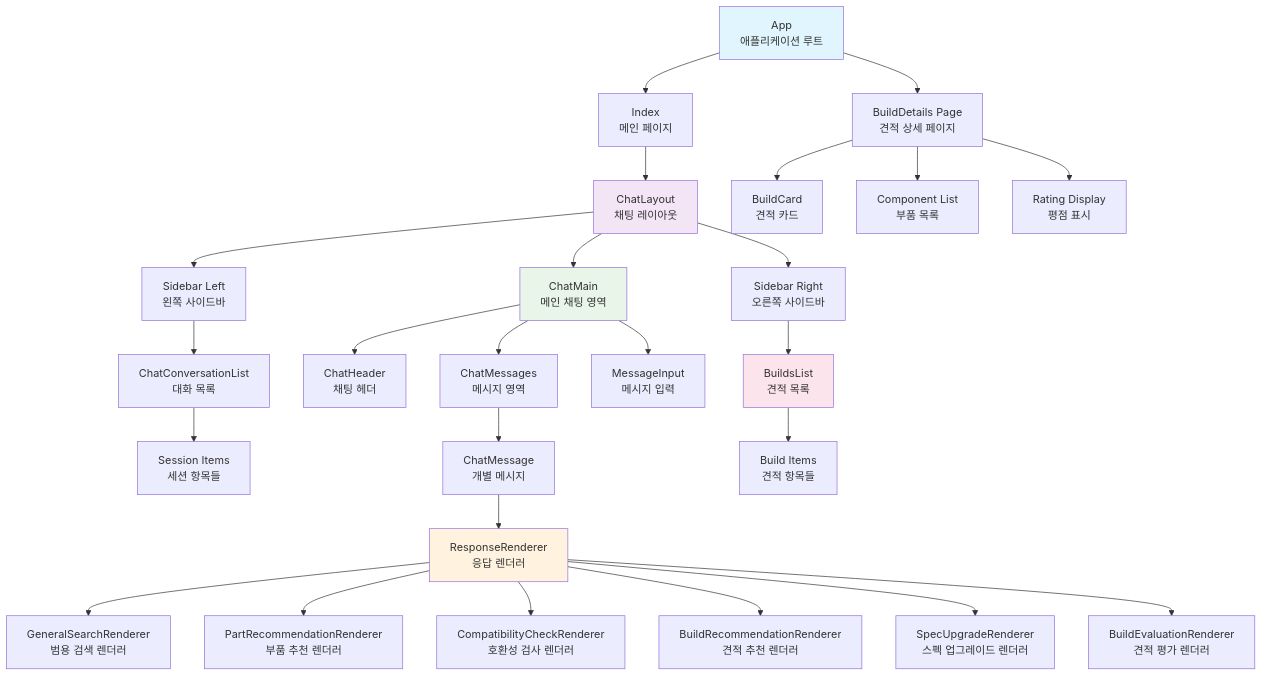
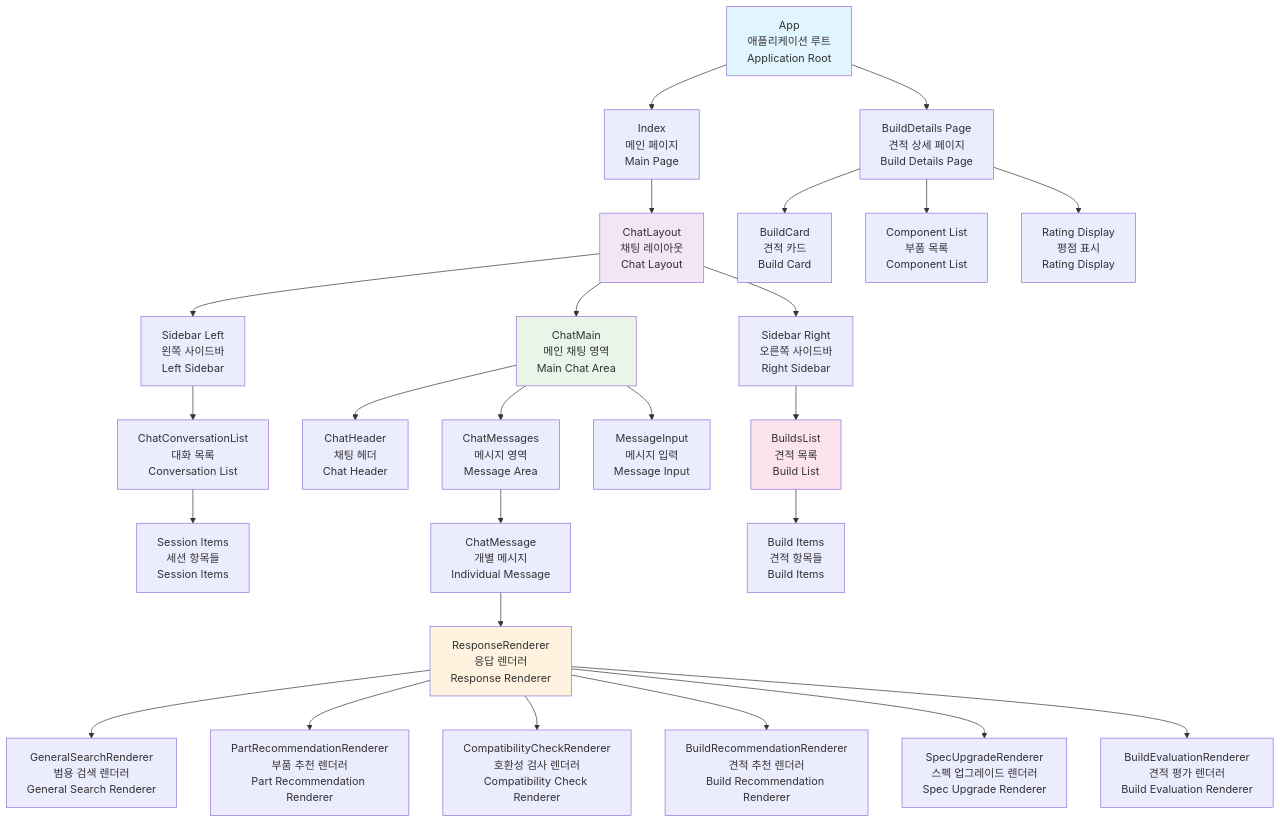
One commit to p0pular131/askspec-chat-assistant changed the second of 19 diagrams in docs/design-specification.md. Above: the diagram before and after it, drawn with Mermaid. The commit also changed other lines of this file and 1 other file, not shown here.

First line of the commit message:
Refactor: Adjust diagram layout for readability

````diff
--- a/docs/design-specification.md
+++ b/docs/design-specification.md
@@ -111,41 +111,41 @@
 ```mermaid
 graph TD
-    App[App<br/>애플리케이션 루트] --> Index[Index<br/>메인 페이지]
-    App --> BuildDetailsPage[BuildDetails Page<br/>견적 상세 페이지]
+    App["App<br/>애플리케이션 루트<br/>Application Root"] --> Index["Index<br/>메인 페이지<br/>Main Page"]
+    App --> BuildDetailsPage["BuildDetails Page<br/>견적 상세 페이지<br/>Build Details Page"]
     
-    Index --> ChatLayout[ChatLayout<br/>채팅 레이아웃]
+    Index --> ChatLayout["ChatLayout<br/>채팅 레이아웃<br/>Chat Layout"]
     
-    ChatLayout --> SidebarLeft[Sidebar Left<br/>왼쪽 사이드바]
-    ChatLayout --> ChatMainArea[ChatMain<br/>메인 채팅 영역]
-    ChatLayout --> SidebarRight[Sidebar Right<br/>오른쪽 사이드바]
+    ChatLayout --> SidebarLeft["Sidebar Left<br/>왼쪽 사이드바<br/>Left Sidebar"]
+    ChatLayout --> ChatMainArea["ChatMain<br/>메인 채팅 영역<br/>Main Chat Area"]
+    ChatLayout --> SidebarRight["Sidebar Right<br/>오른쪽 사이드바<br/>Right Sidebar"]
     
-    SidebarLeft --> ConversationList[ChatConversationList<br/>대화 목록]
-    ConversationList --> SessionItem[Session Items<br/>세션 항목들]
+    SidebarLeft --> ConversationList["ChatConversationList<br/>대화 목록<br/>Conversation List"]
+    ConversationList --> SessionItem["Session Items<br/>세션 항목들<br/>Session Items"]
     
-    ChatMainArea --> ChatHeader[ChatHeader<br/>채팅 헤더]
-    ChatMainArea --> ChatMessages[ChatMessages<br/>메시지 영역]
-    ChatMainArea --> MessageInput[MessageInput<br/>메시지 입력]
+    ChatMainArea --> ChatHeader["ChatHeader<br/>채팅 헤더<br/>Chat Header"]
+    ChatMainArea --> ChatMessages["ChatMessages<br/>메시지 영역<br/>Message Area"]
+    ChatMainArea --> MessageInput["MessageInput<br/>메시지 입력<br/>Message Input"]
     
-    ChatMessages --> ChatMessage[ChatMessage<br/>개별 메시지]
-    ChatMessage --> ResponseRenderer[ResponseRenderer<br/>응답 렌더러]
+    ChatMessages --> ChatMessage["ChatMessage<br/>개별 메시지<br/>Individual Message"]
+    ChatMessage --> ResponseRenderer["ResponseRenderer<br/>응답 렌더러<br/>Response Renderer"]
     
-    ResponseRenderer --> GeneralSearch[GeneralSearchRenderer<br/>범용 검색 렌더러]
-    ResponseRenderer --> PartRecommendation[PartRecommendationRenderer<br/>부품 추천 렌더러]
-    ResponseRenderer --> CompatibilityCheck[CompatibilityCheckRenderer<br/>호환성 검사 렌더러]
-    ResponseRenderer --> BuildRecommendation[BuildRecommendationRenderer<br/>견적 추천 렌더러]
-    ResponseRenderer --> SpecUpgrade[SpecUpgradeRenderer<br/>스펙 업그레이드 렌더러]
-    ResponseRenderer --> BuildEvaluation[BuildEvaluationRenderer<br/>견적 평가 렌더러]
+    ResponseRenderer --> GeneralSearch["GeneralSearchRenderer<br/>범용 검색 렌더러<br/>General Search Renderer"]
+    ResponseRenderer --> PartRecommendation["PartRecommendationRenderer<br/>부품 추천 렌더러<br/>Part Recommendation Renderer"]
+    ResponseRenderer --> CompatibilityCheck["CompatibilityCheckRenderer<br/>호환성 검사 렌더러<br/>Compatibility Check Renderer"]
+    ResponseRenderer --> BuildRecommendation["BuildRecommendationRenderer<br/>견적 추천 렌더러<br/>Build Recommendation Renderer"]
+    ResponseRenderer --> SpecUpgrade["SpecUpgradeRenderer<br/>스펙 업그레이드 렌더러<br/>Spec Upgrade Renderer"]
+    ResponseRenderer --> BuildEvaluation["BuildEvaluationRenderer<br/>견적 평가 렌더러<br/>Build Evaluation Renderer"]
     
-    SidebarRight --> BuildsList[BuildsList<br/>견적 목록]
-    BuildsList --> BuildItem[Build Items<br/>견적 항목들]
+    SidebarRight --> BuildsList["BuildsList<br/>견적 목록<br/>Build List"]
+    BuildsList --> BuildItem["Build Items<br/>견적 항목들<br/>Build Items"]
     
-    BuildDetailsPage --> BuildCard[BuildCard<br/>견적 카드]
-    BuildDetailsPage --> ComponentList[Component List<br/>부품 목록]
-    BuildDetailsPage --> RatingDisplay[Rating Display<br/>평점 표시]
+    BuildDetailsPage --> BuildCard["BuildCard<br/>견적 카드<br/>Build Card"]
+    BuildDetailsPage --> ComponentList["Component List<br/>부품 목록<br/>Component List"]
+    BuildDetailsPage --> RatingDisplay["Rating Display<br/>평점 표시<br/>Rating Display"]
     
     style App fill:#e1f5fe
     style ChatLayout fill:#f3e5f5
     style ChatMainArea fill:#e8f5e8
     style ResponseRenderer fill:#fff3e0
     style BuildsList fill:#fce4ec
 ```
````
